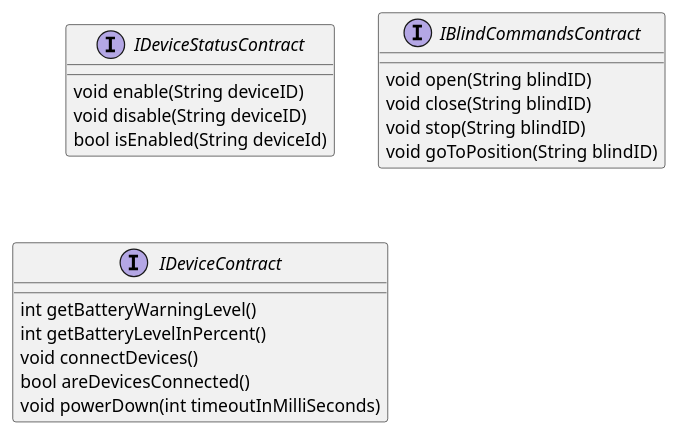
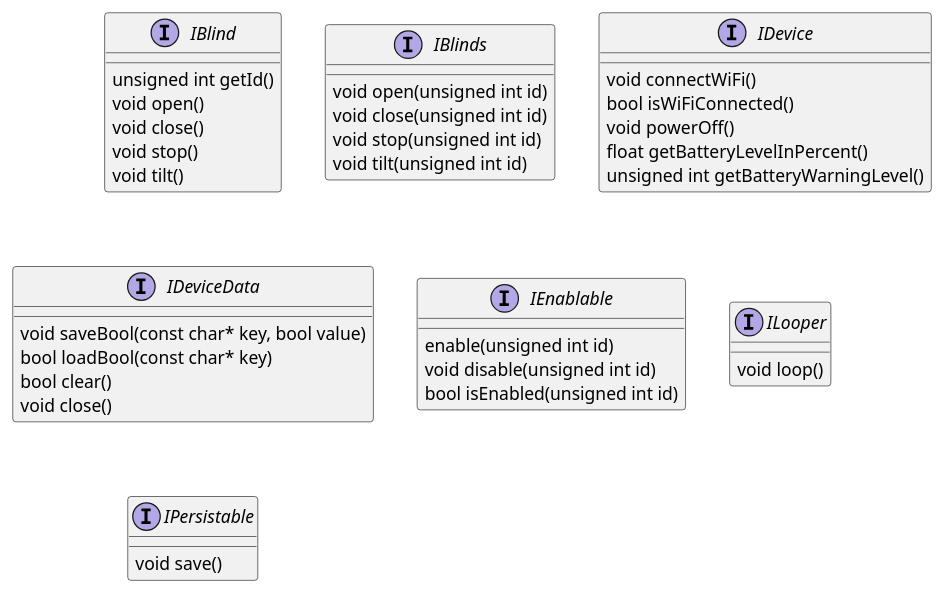
The diagram in documentation/diagrams/contracts.puml (k-phi/M5Core2BlindsController), drawn with PlantUML before and after one commit. The commit also changed 10 other files, not shown here.

```diff
--- a/documentation/diagrams/contracts.puml
+++ b/documentation/diagrams/contracts.puml
@@ -1,24 +1,47 @@
 @startuml Contracts
 
-interface IDeviceStatusContract {
-    void enable(String deviceID)
-    void disable(String deviceID)
-    bool isEnabled(String deviceId)
+interface IBlind {
+    unsigned int getId()
+    void open()
+    void close()
+    void stop()
+    void tilt()
 }
 
-interface IBlindCommandsContract {
-    void open(String blindID)
-    void close(String blindID)
-    void stop(String blindID)
-    void goToPosition(String blindID)
+interface IBlinds {
+    void open(unsigned int id)
+    void close(unsigned int id)
+    void stop(unsigned int id)
+    void tilt(unsigned int id)
 }
 
-interface IDeviceContract {
-    int getBatteryWarningLevel()
-    int getBatteryLevelInPercent()
-    void connectDevices()
-    bool areDevicesConnected()
-    void powerDown(int timeoutInMilliSeconds)
+interface IDevice {
+    void connectWiFi()
+    bool isWiFiConnected()
+    void powerOff()
+    float getBatteryLevelInPercent()
+    unsigned int getBatteryWarningLevel()
+}
+
+interface IDeviceData {
+    void saveBool(const char* key, bool value)
+    bool loadBool(const char* key)
+    bool clear()
+    void close()
+}
+
+interface IEnablable {
+    enable(unsigned int id)
+    void disable(unsigned int id)
+    bool isEnabled(unsigned int id)
+}
+
+interface ILooper {
+    void loop()
+}
+
+interface IPersistable {
+    void save()
 }
 
 @enduml
```
